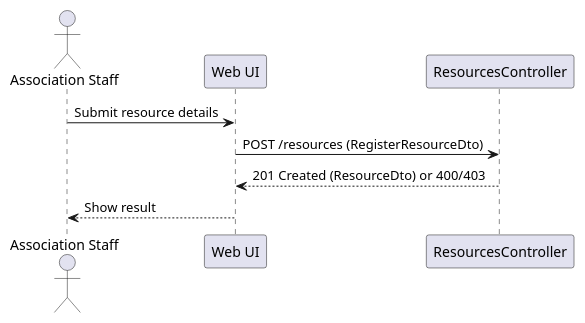
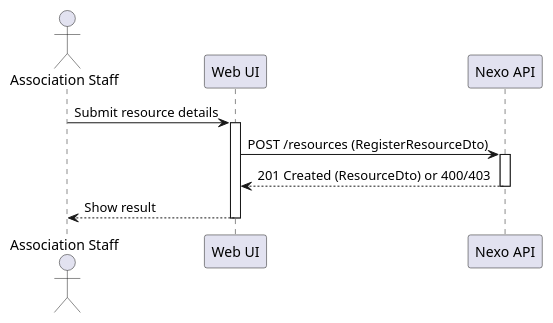
Before and after one commit to vscosousa/Nexo: the diagram in docs/us/US-004/sd/level-2/puml/US-004-level-2.puml, drawn with PlantUML. The commit also changed 60 other files, not shown here.

Commit message:
Restructure SSD/SD diagrams: activation bars, FE/BE split

```diff
--- a/docs/us/US-004/sd/level-2/puml/US-004-level-2.puml
+++ b/docs/us/US-004/sd/level-2/puml/US-004-level-2.puml
@@ -1,9 +1,13 @@
 @startuml
 actor "Association Staff" as Staff
 participant "Web UI" as UI
-participant "ResourcesController" as Controller
+participant "Nexo API" as API
 Staff -> UI: Submit resource details
-UI -> Controller: POST /resources (RegisterResourceDto)
-Controller --> UI: 201 Created (ResourceDto) or 400/403
+activate UI
+UI -> API: POST /resources (RegisterResourceDto)
+activate API
+API --> UI: 201 Created (ResourceDto) or 400/403
+deactivate API
 UI --> Staff: Show result
+deactivate UI
 @enduml
```
